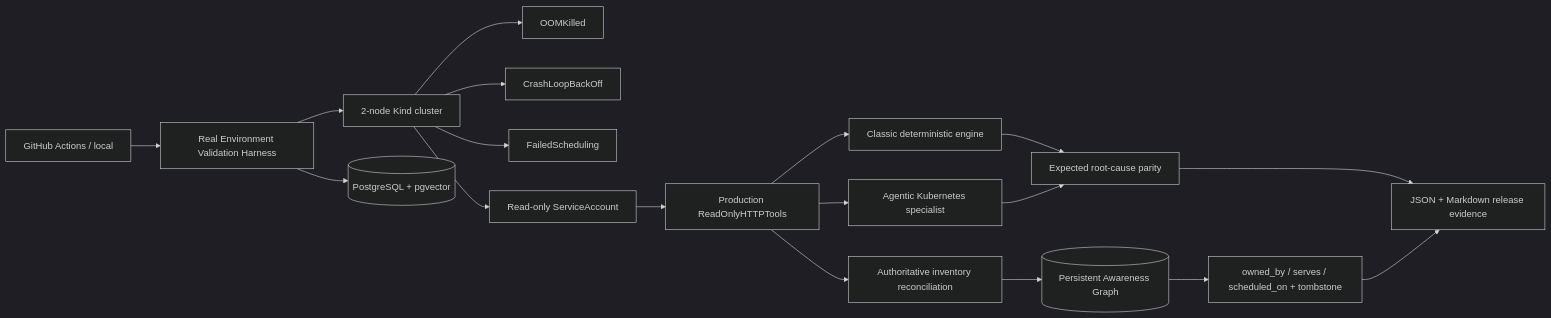
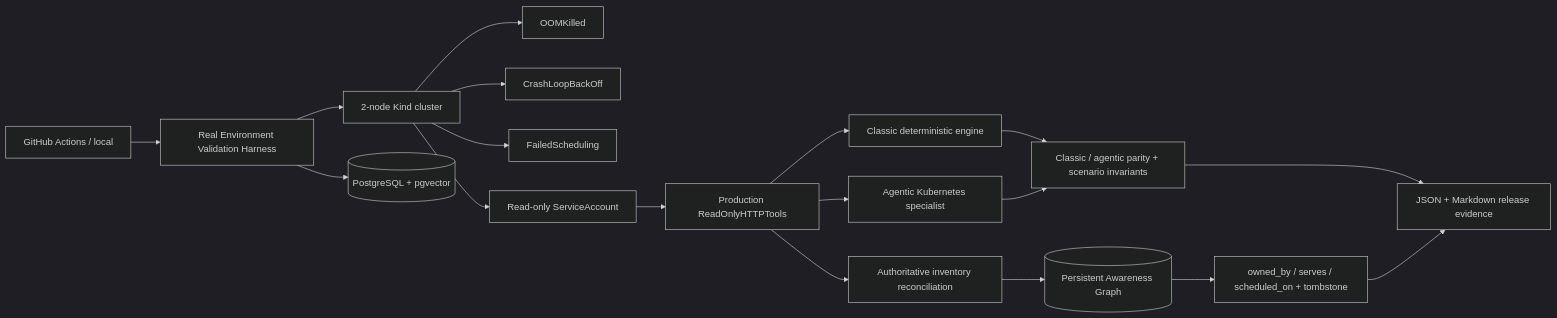
One commit to marcocristofolini/ai-sre-rca changed diagram 28 of 28 in docs/architecture.md. Above: the diagram before and after it, drawn with Mermaid (dark theme). The commit also changed other lines of this file and 15 other files, not shown here.

Commit message:
docs: refresh rc1 architecture and add live UI screenshots

````diff
--- a/docs/architecture.md
+++ b/docs/architecture.md
@@ -733,20 +750,20 @@
 ```mermaid
 flowchart LR
     GA[GitHub Actions / local] --> VH[Real Environment Validation Harness]
     VH --> KIND[2-node Kind cluster]
     VH --> PG[(PostgreSQL + pgvector)]
     KIND --> OOM[OOMKilled]
     KIND --> CRASH[CrashLoopBackOff]
     KIND --> SCHED[FailedScheduling]
     KIND --> RBAC[Read-only ServiceAccount]
     RBAC --> HTTP[Production ReadOnlyHTTPTools]
     HTTP --> CORE[Classic deterministic engine]
     HTTP --> AG[Agentic Kubernetes specialist]
     HTTP --> INV[Authoritative inventory reconciliation]
     INV --> PAG[(Persistent Awareness Graph)]
-    CORE --> PARITY[Expected root-cause parity]
+    CORE --> PARITY[Classic / agentic parity + scenario invariants]
     AG --> PARITY
     PAG --> GRAPH[owned_by / serves / scheduled_on + tombstone]
     PARITY --> REPORT[JSON + Markdown release evidence]
     GRAPH --> REPORT
 ```
````
